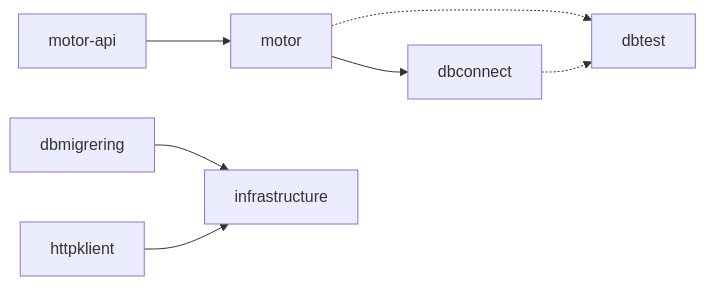
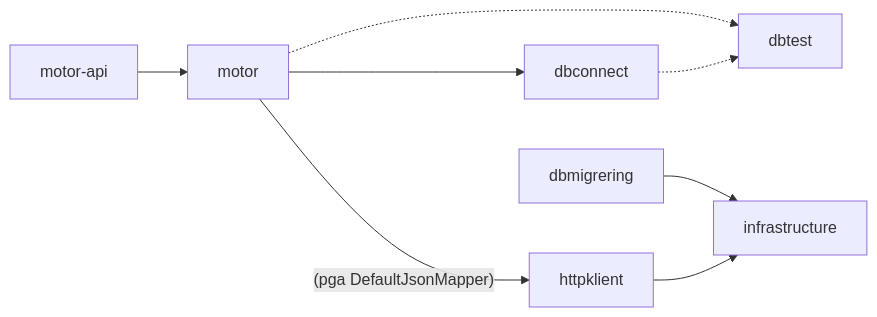
Before and after one commit to navikt/aap-intern-sysdok: the first of 4 diagrams in docs/teknisk/felles_komponenter.md, drawn with Mermaid. The commit also changed other lines of this file, not shown here.

Commit message:
Legg til diagrammer for motor-logikk

````diff
--- a/docs/teknisk/felles_komponenter.md
+++ b/docs/teknisk/felles_komponenter.md
@@ -10,9 +10,10 @@
 ```mermaid
 flowchart LR
     motor --> dbconnect
     motor -.-> dbtest
     motor-api --> motor
+    motor -- (pga DefaultJsonMapper) --> httpklient
     dbconnect -.-> dbtest
     dbmigrering --> infrastructure
     httpklient --> infrastructure
 ```
````
